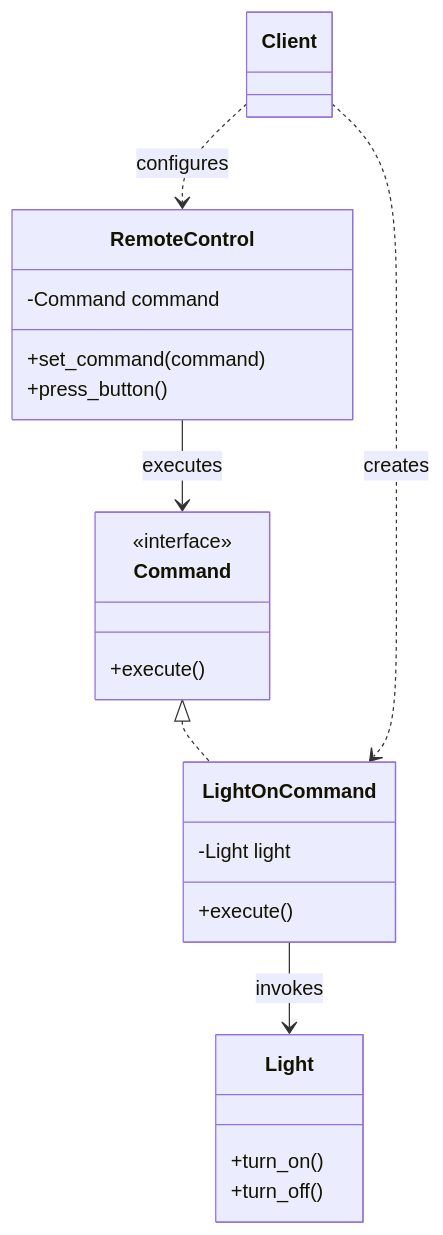
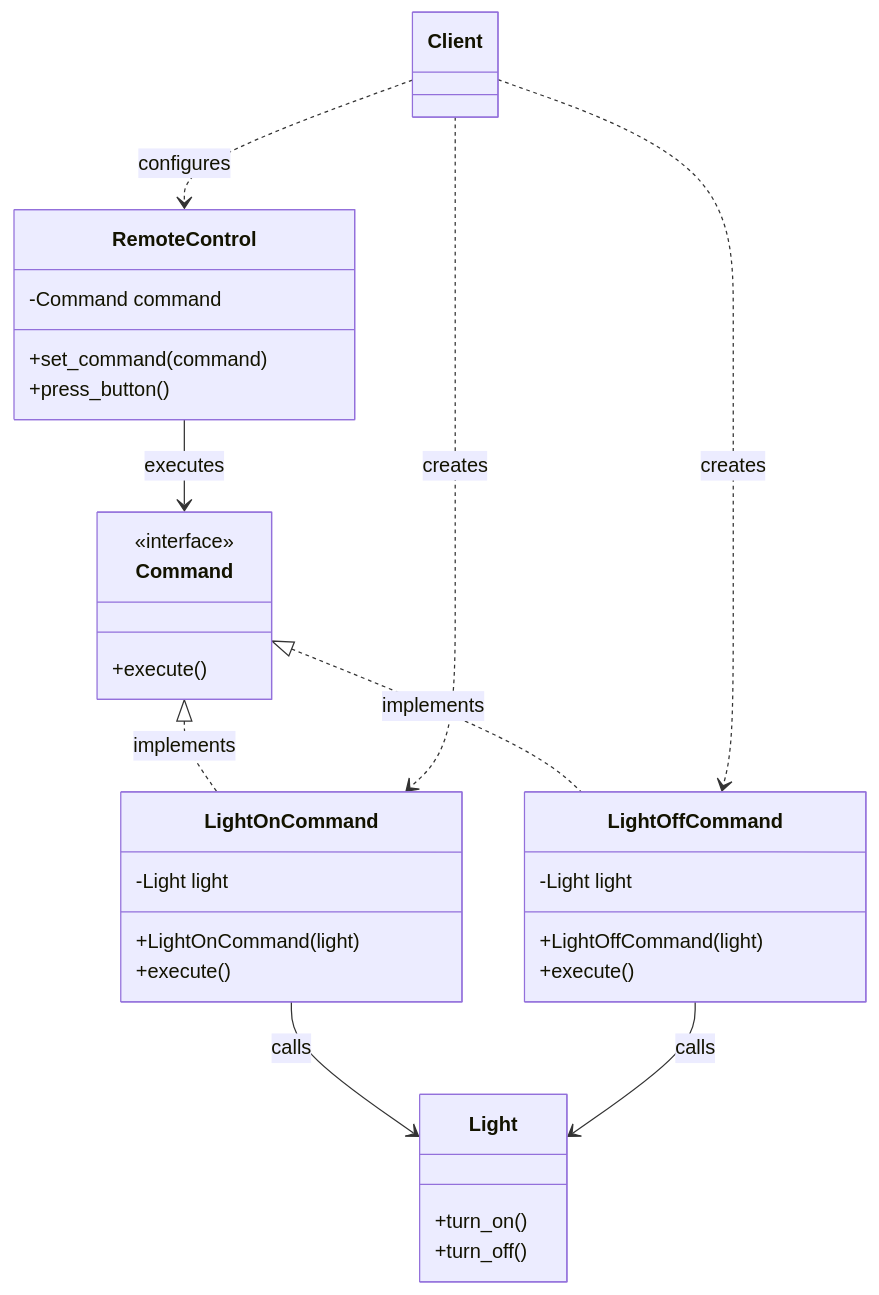
The diagram in 3. Behaioural Design Pattern/Command Pattern/ReadMe.md (rohit-dewaliya/Low-Level-Design), drawn with Mermaid before and after one commit. The commit also changed other lines of this file and 1 other file, not shown here.

Commit message:
add fix UML diagram for Command and Template Pattern

````diff
--- a/3. Behaioural Design Pattern/Command Pattern/ReadMe.md
+++ b/3. Behaioural Design Pattern/Command Pattern/ReadMe.md
@@ -82,31 +82,43 @@
 ```mermaid
 classDiagram
     class Command {
         <<interface>>
         +execute()
     }
 
     class LightOnCommand {
         -Light light
+        +LightOnCommand(light)
+        +execute()
+    }
+
+    class LightOffCommand {
+        -Light light
+        +LightOffCommand(light)
         +execute()
     }
 
     class Light {
         +turn_on()
         +turn_off()
     }
 
     class RemoteControl {
         -Command command
         +set_command(command)
         +press_button()
     }
 
     class Client
 
-    Command <|.. LightOnCommand
-    LightOnCommand --> Light : invokes
+    Command <|.. LightOnCommand : implements
+    Command <|.. LightOffCommand : implements
+
+    LightOnCommand --> Light : calls
+    LightOffCommand --> Light : calls
+
     RemoteControl --> Command : executes
     Client ..> RemoteControl : configures
     Client ..> LightOnCommand : creates
+    Client ..> LightOffCommand : creates
 ```
````
